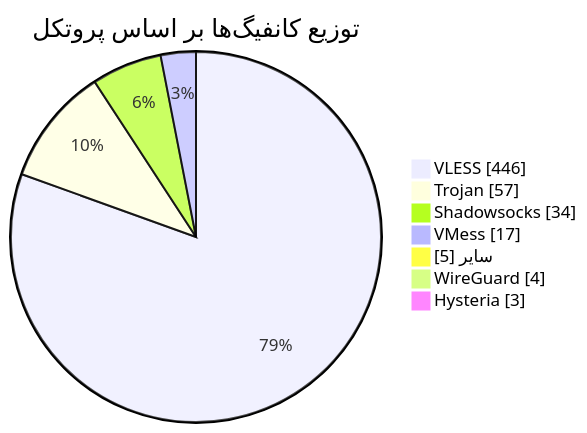
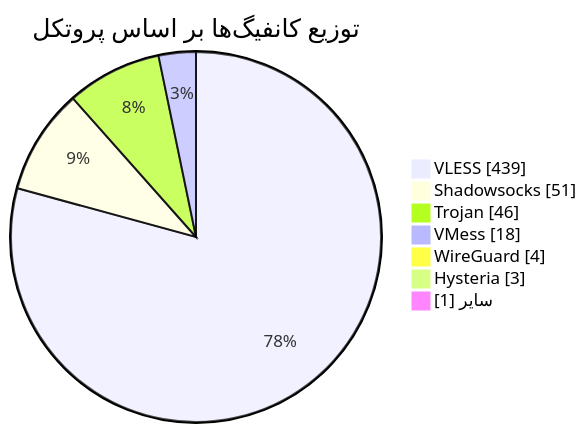
One commit to Arian-Alijani/Somthing changed the diagram in README.md. Above: the diagram before and after it, drawn with Mermaid. The commit also changed other lines of this file and 19 other files, not shown here.

````diff
--- a/README.md
+++ b/README.md
@@ -49,11 +49,11 @@
 ```mermaid
 pie showData
     title توزیع کانفیگ‌ها بر اساس پروتکل
-    "VLESS" : 446
-    "Trojan" : 57
-    "Shadowsocks" : 34
-    "VMess" : 17
-    "سایر" : 5
+    "VLESS" : 439
+    "Shadowsocks" : 51
+    "Trojan" : 46
+    "VMess" : 18
     "WireGuard" : 4
     "Hysteria" : 3
+    "سایر" : 1
 ```
````
